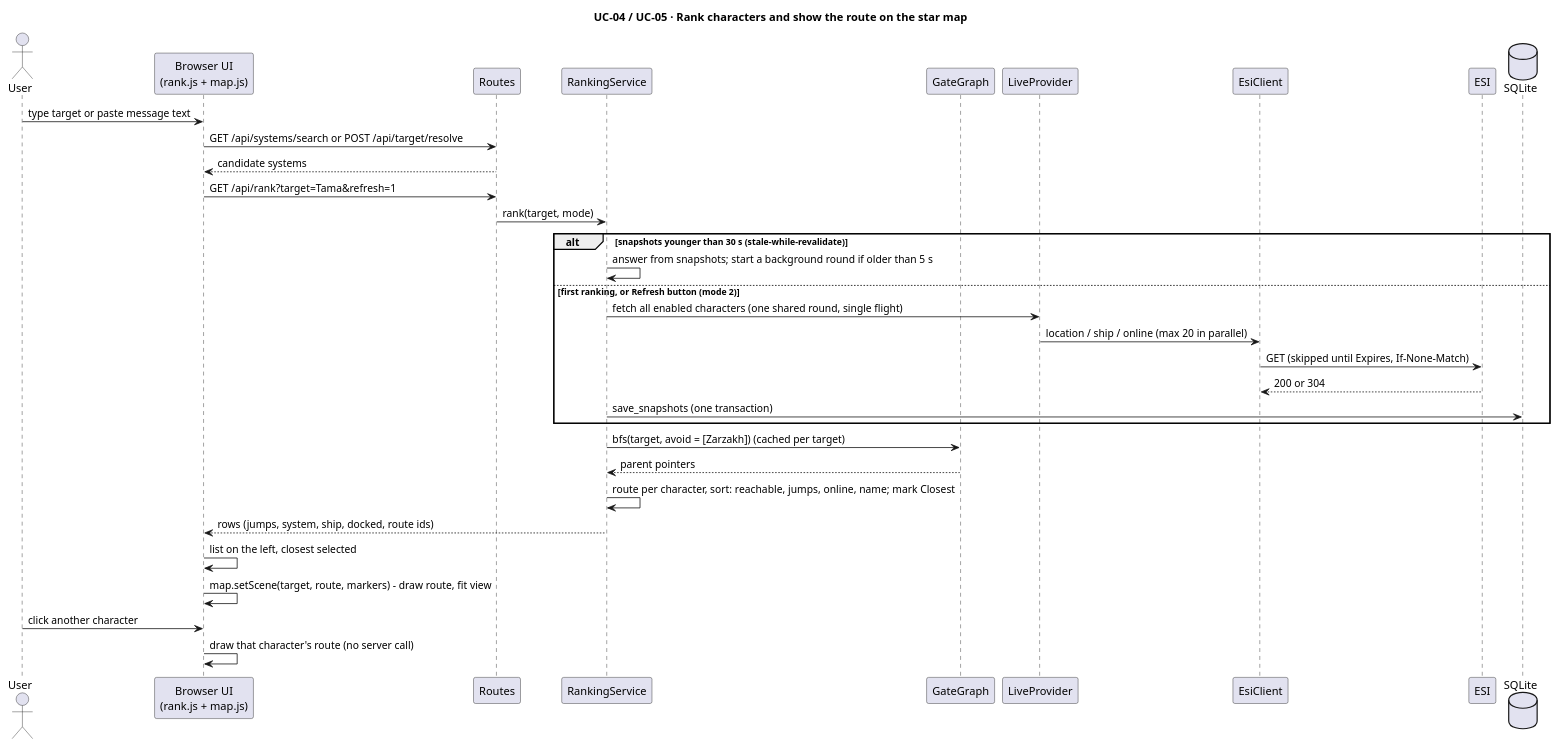
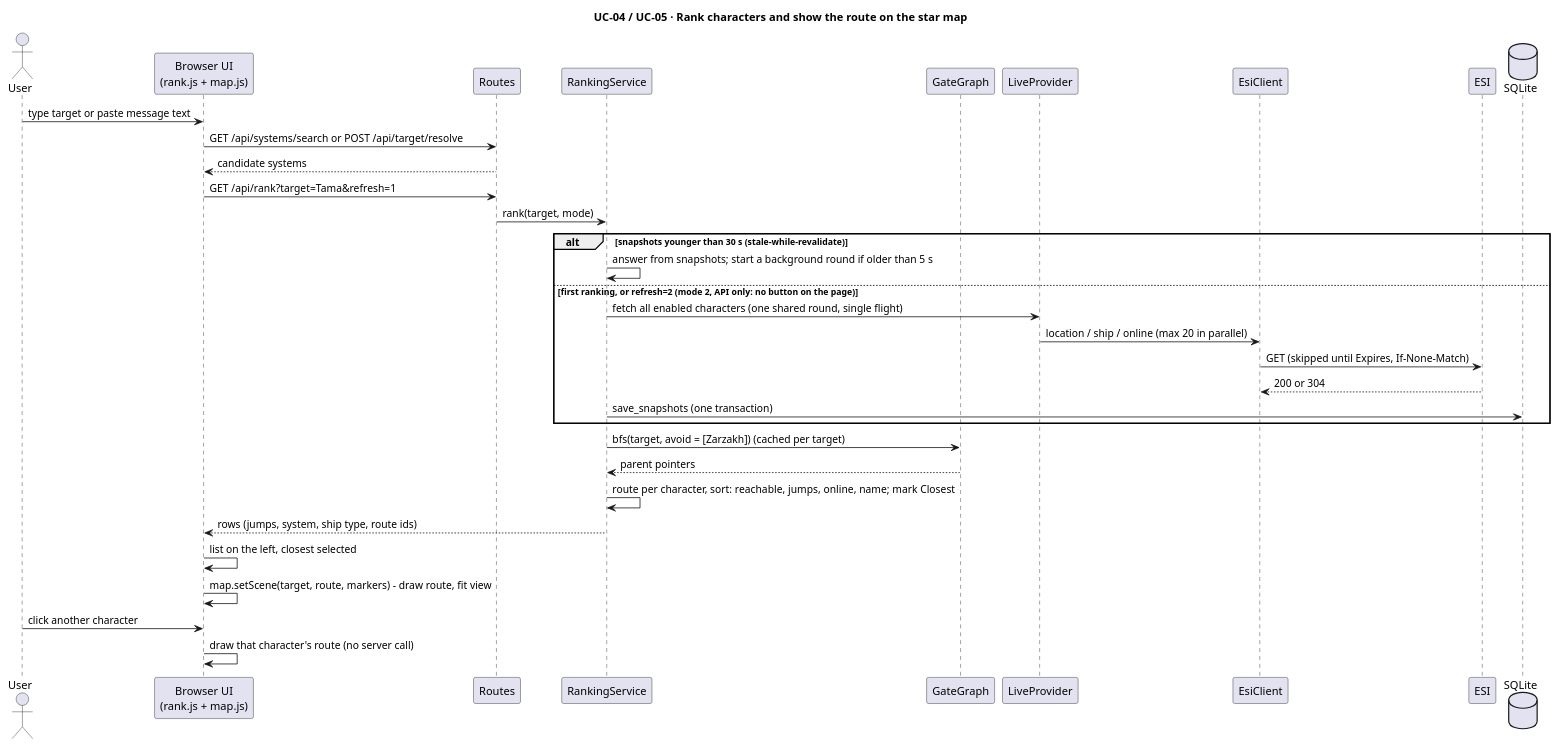
Before and after one commit to Headruner/war-bot-2: the diagram in docs/c4/08-seq-rank-and-map.puml, drawn with PlantUML. The commit also changed 12 other files, not shown here.

First line of the commit message:
feat(ranking): tidy the ranking page

```diff
--- a/docs/c4/08-seq-rank-and-map.puml
+++ b/docs/c4/08-seq-rank-and-map.puml
@@ -1,36 +1,36 @@
 @startuml seq-rank-and-map
 title UC-04 / UC-05 · Rank characters and show the route on the star map
 skinparam shadowing false
 actor User
 participant "Browser UI\n(rank.js + map.js)" as UI
 participant "Routes" as R
 participant "RankingService" as RS
 participant "GateGraph" as G
 participant "LiveProvider" as P
 participant "EsiClient" as E
 participant "ESI" as ESI
 database "SQLite" as DB
 
 User -> UI : type target or paste message text
 UI -> R : GET /api/systems/search or POST /api/target/resolve
 R --> UI : candidate systems
 UI -> R : GET /api/rank?target=Tama&refresh=1
 R -> RS : rank(target, mode)
 alt snapshots younger than 30 s (stale-while-revalidate)
   RS -> RS : answer from snapshots; start a background round if older than 5 s
-else first ranking, or Refresh button (mode 2)
+else first ranking, or refresh=2 (mode 2, API only: no button on the page)
   RS -> P : fetch all enabled characters (one shared round, single flight)
   P -> E : location / ship / online (max 20 in parallel)
   E -> ESI : GET (skipped until Expires, If-None-Match)
   ESI --> E : 200 or 304
   RS -> DB : save_snapshots (one transaction)
 end
 RS -> G : bfs(target, avoid = [Zarzakh]) (cached per target)
 G --> RS : parent pointers
 RS -> RS : route per character, sort: reachable, jumps, online, name; mark Closest
-RS --> UI : rows (jumps, system, ship, docked, route ids)
+RS --> UI : rows (jumps, system, ship type, route ids)
 UI -> UI : list on the left, closest selected
 UI -> UI : map.setScene(target, route, markers) - draw route, fit view
 User -> UI : click another character
 UI -> UI : draw that character's route (no server call)
 @enduml
```
